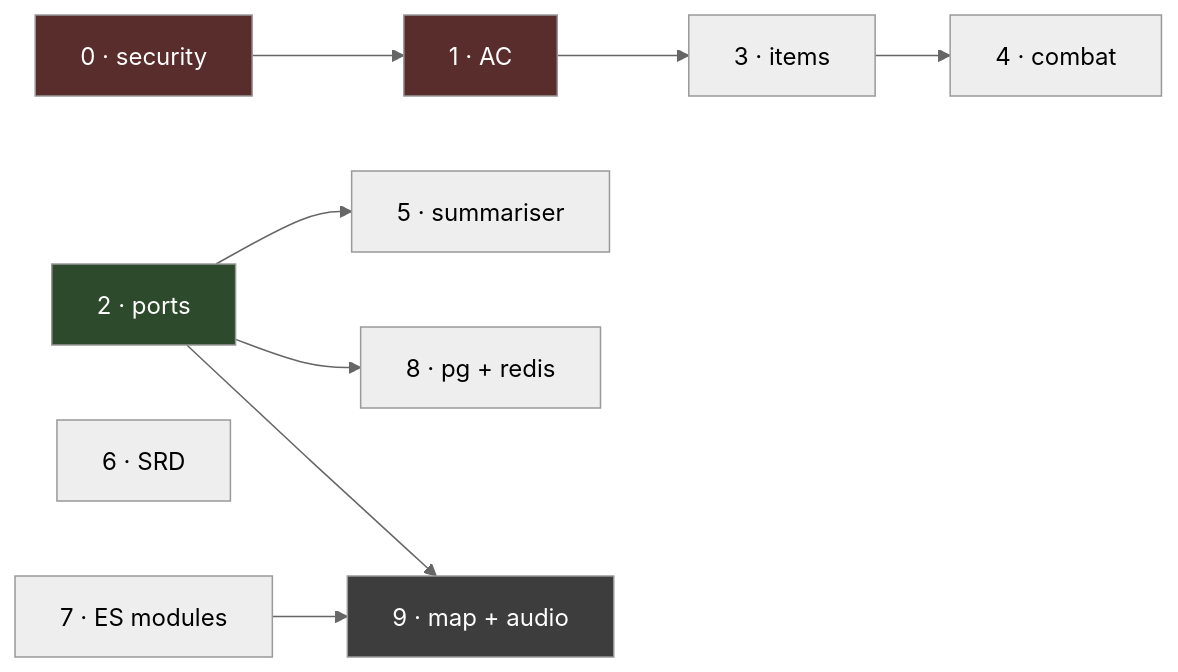
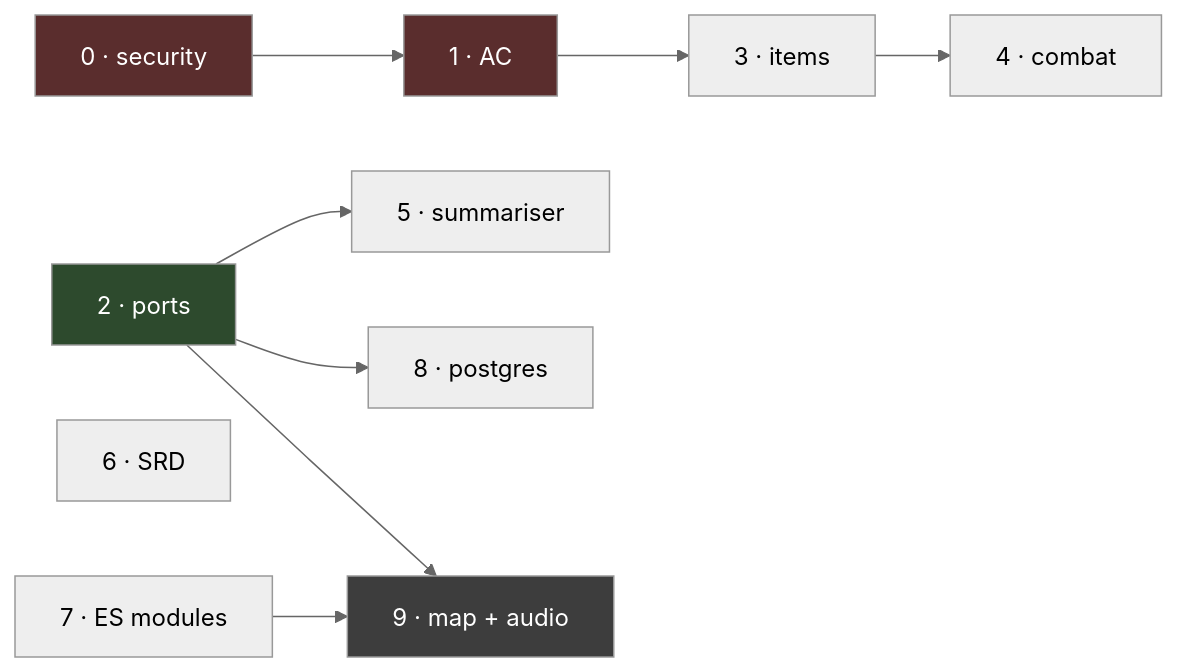
The first of 3 diagrams in docs/REFACTORING_PLAN.md (theam-ops/ai-dungeon-master), drawn with Mermaid (neutral theme) before and after one commit. The commit also changed other lines of this file and 26 other files, not shown here.

````diff
--- a/docs/REFACTORING_PLAN.md
+++ b/docs/REFACTORING_PLAN.md
@@ -47,15 +47,15 @@
 ```mermaid
 graph LR
     P0["0 · security"] --> P1["1 · AC"]
     P1 --> P3["3 · items"] --> P4["4 · combat"]
     P2["2 · ports"] --> P5["5 · summariser"]
-    P2 --> P8["8 · pg + redis"]
+    P2 --> P8["8 · postgres"]
     P2 --> P9
     P6["6 · SRD"]
     P7["7 · ES modules"] --> P9["9 · map + audio"]
 
     style P0 fill:#5a2d2d,color:#fff
     style P1 fill:#5a2d2d,color:#fff
     style P2 fill:#2d4a2d,color:#fff
     style P9 fill:#3d3d3d,color:#fff
 ```
````
